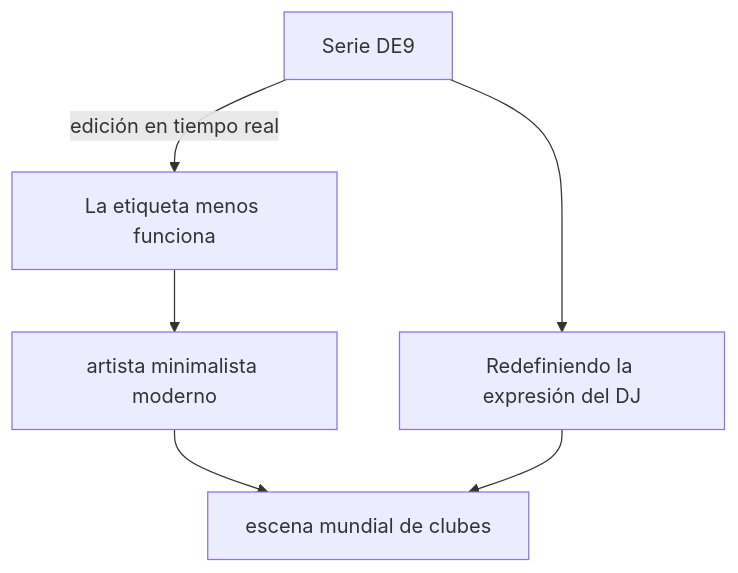
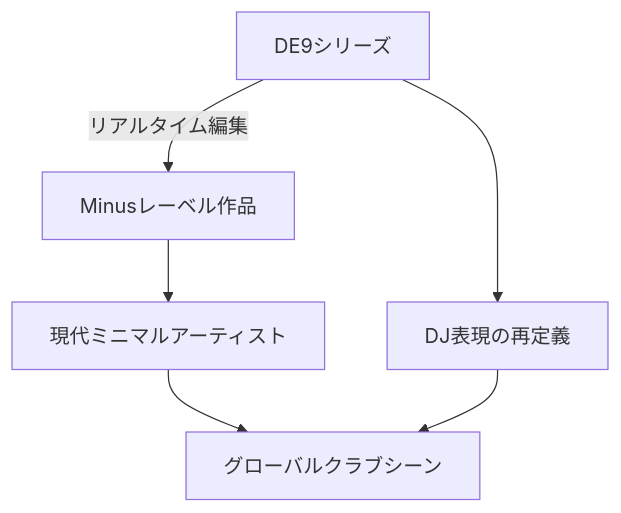
Before and after one commit to monumental-movement/monumental-movement.github.io: the first of 7 diagrams in es/_posts/2025-10-24-column-plastikman-richie-hawtin.md, drawn with Mermaid. The commit also changed other lines of this file and 299 other files, not shown here.

```diff
--- a/es/_posts/2025-10-24-column-plastikman-richie-hawtin.md
+++ b/es/_posts/2025-10-24-column-plastikman-richie-hawtin.md
@@ -175,10 +175,10 @@
 <div class="mermaid">
 
 flowchart TD
-    A[Serie DE9] -->|edición en tiempo real| B[La etiqueta menos funciona]
-    B --> C[artista minimalista moderno]
-    C --> D[escena mundial de clubes]
-    A --> E[Redefiniendo la expresión del DJ]
+    A[DE9シリーズ] -->|リアルタイム編集| B[Minusレーベル作品]
+    B --> C[現代ミニマルアーティスト]
+    C --> D[グローバルクラブシーン]
+    A --> E[DJ表現の再定義]
     E --> D
 
 </div>
```
